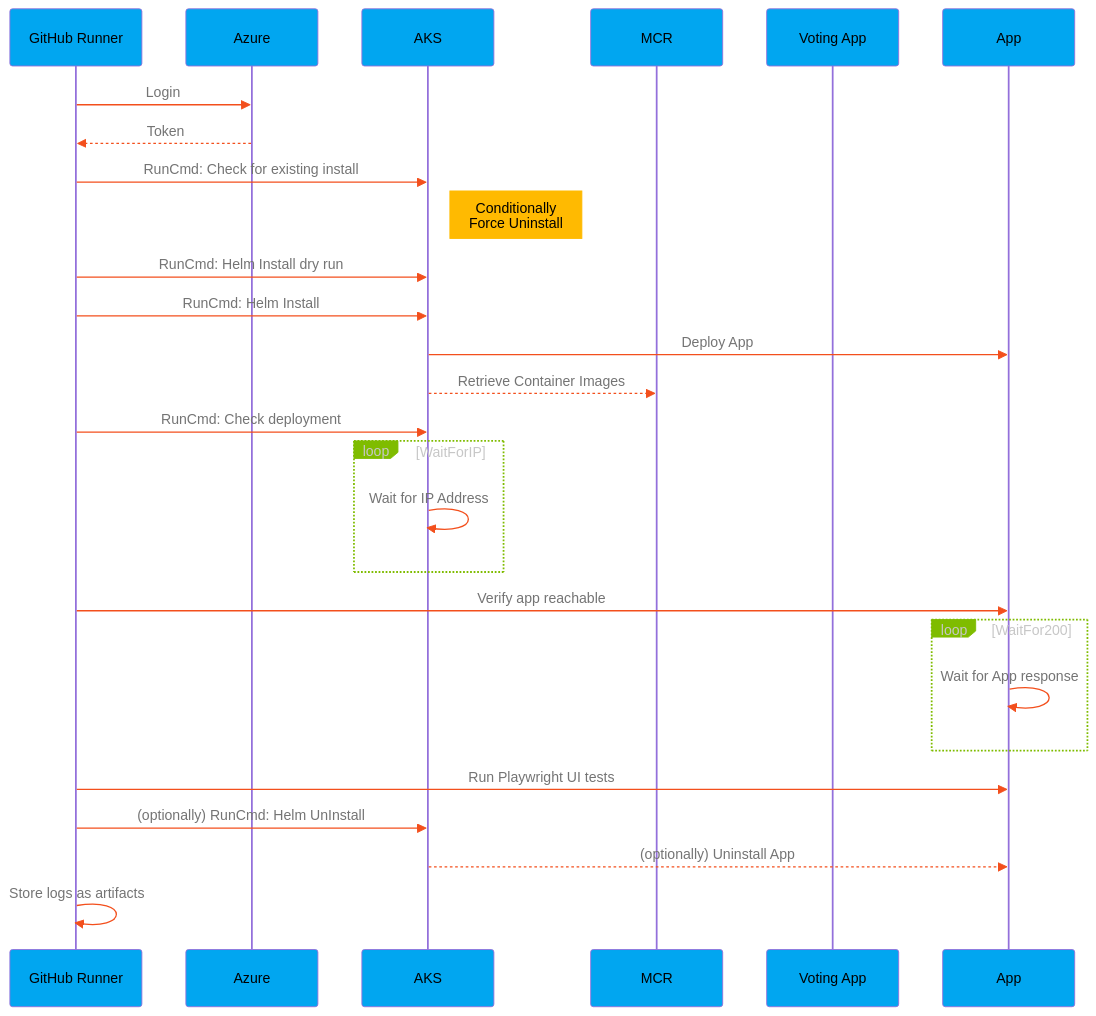
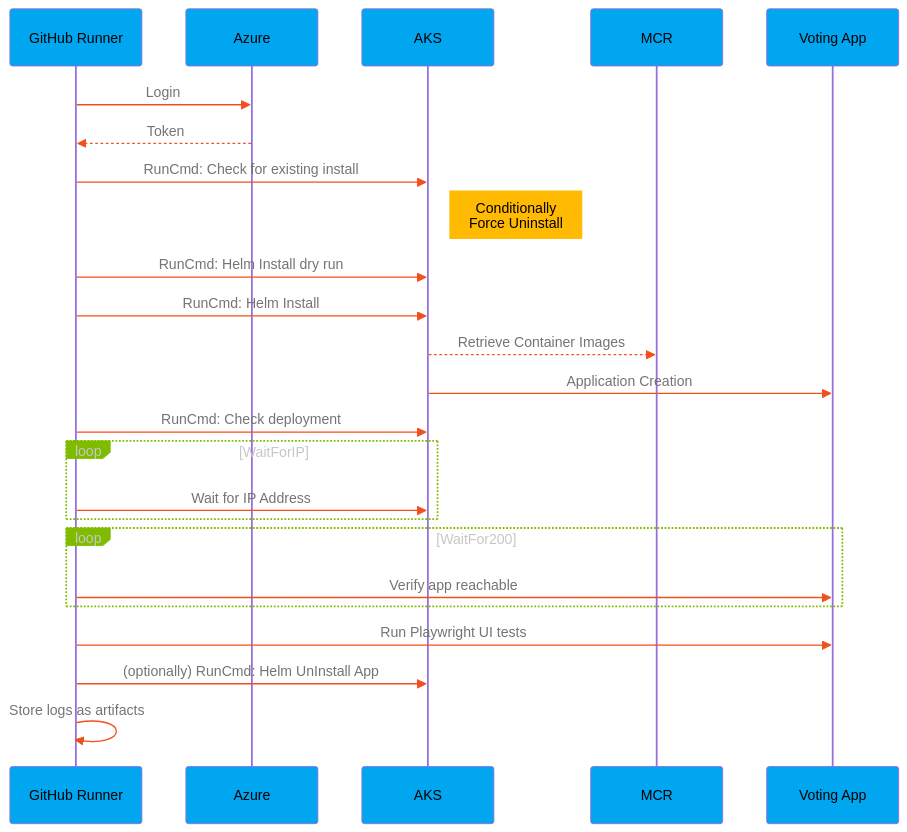
The diagram in docs/app-azurevote-helmruncmd.md (Azure/aks-baseline-automation), drawn with Mermaid before and after one commit. The commit also changed 4 other files, not shown here.

````diff
--- a/docs/app-azurevote-helmruncmd.md
+++ b/docs/app-azurevote-helmruncmd.md
@@ -11,48 +11,48 @@
 ```mermaid
 %%{init:
 {
   "theme": "default",
   "themeVariables": {
     "nodeBorder" : "#004990",
     "mainBkg" : "#c9d7e4",
     "actorBkg" : "#01A6F0",
     "signalColor" : "#F34F1C",
     "textColor" : "#747474",
     "loopTextColor" : "#C7C7C7",
     "labelTextColor" : "#C7C7C7",
     "labelBoxBorderColor" : "#7FBC00",
     "labelBoxBkgColor" : "#7FBC00",
     "noteBkgColor" : "#FFBA01",
     "noteBorderColor": "#FFBA01",
     "fontFamily": "Inter",
     "fontSize": "13px"
  }
 }
 }%%
 sequenceDiagram
     participant GitHub Runner
     participant Azure
     participant AKS
     participant MCR
     participant Voting App
     GitHub Runner->>Azure: Login
     Azure-->>GitHub Runner: Token
     GitHub Runner->>AKS: RunCmd: Check for existing install
     Note right of AKS: Conditionally<br/>Force Uninstall
     GitHub Runner->>AKS: RunCmd: Helm Install dry run
     GitHub Runner->>AKS: RunCmd: Helm Install
-    AKS->>App: Deploy App
     AKS-->>MCR: Retrieve Container Images
+    AKS->>Voting App: Application Creation
+
     GitHub Runner->>AKS: RunCmd: Check deployment
     loop WaitForIP
-        AKS->>AKS: Wait for IP Address
+        GitHub Runner->>AKS: Wait for IP Address
     end
-    GitHub Runner->>App: Verify app reachable
     loop WaitFor200
-        App->>App: Wait for App response
+        GitHub Runner->>Voting App: Verify app reachable
+
     end
-    GitHub Runner->>App: Run Playwright UI tests
-    GitHub Runner->>AKS: (optionally) RunCmd: Helm UnInstall
-    AKS-->>App: (optionally) Uninstall App
+    GitHub Runner->>Voting App: Run Playwright UI tests
+    GitHub Runner->>AKS: (optionally) RunCmd: Helm UnInstall App
     GitHub Runner->>GitHub Runner: Store logs as artifacts
 ```
````
